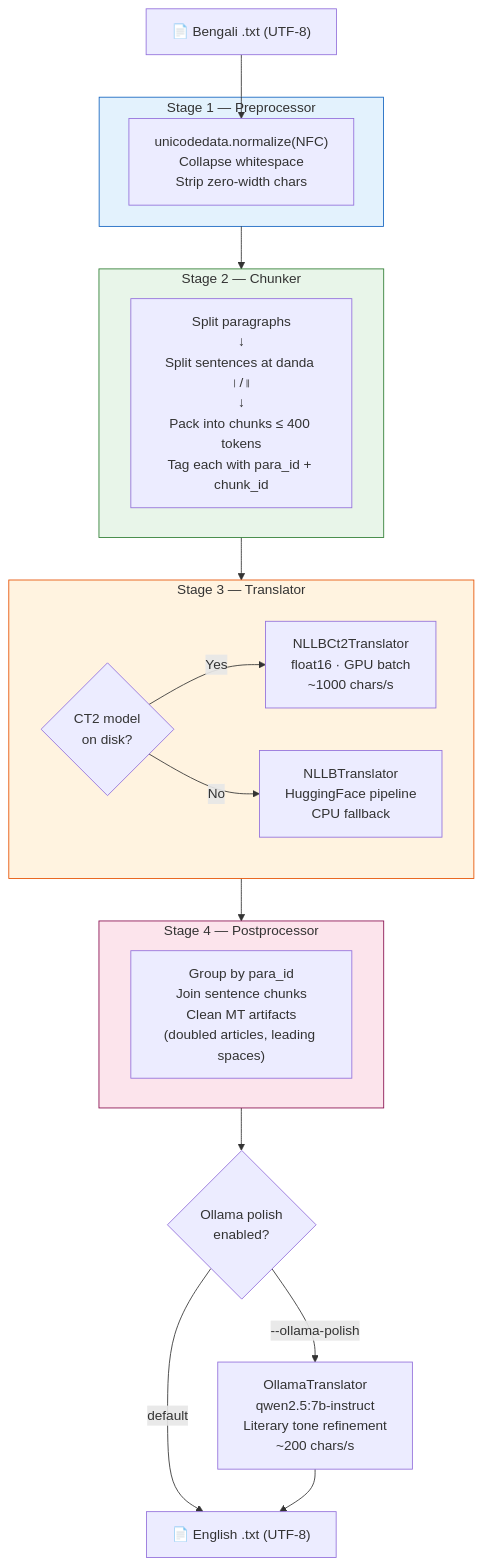
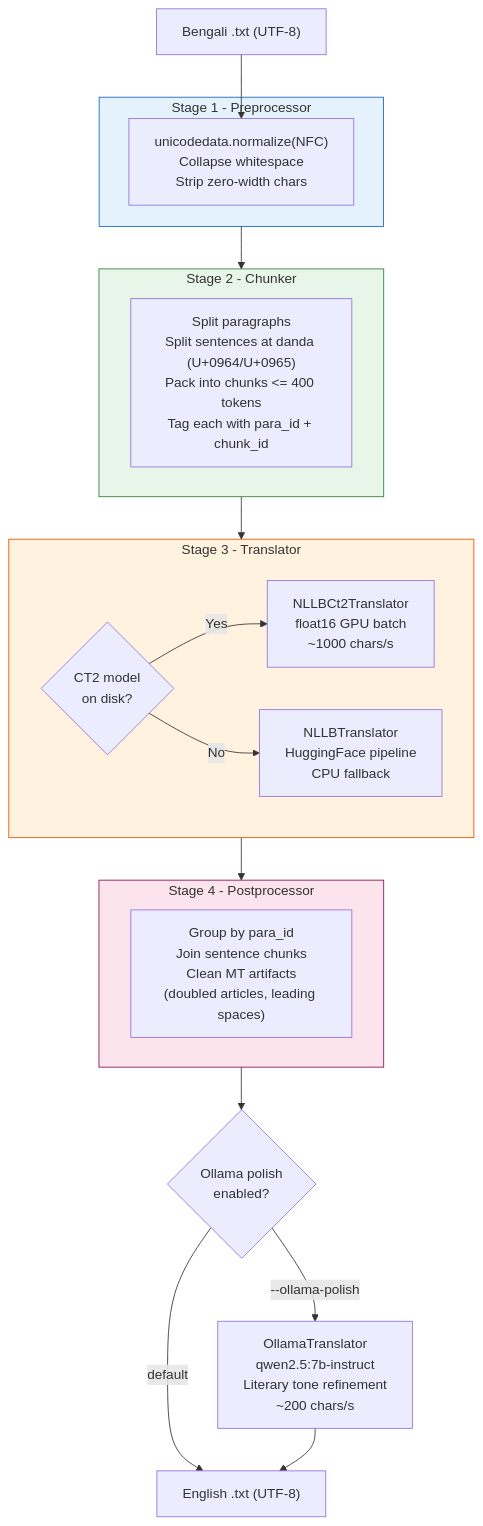
Before and after one commit to souradeepta/translate: the second of 4 diagrams in docs/ARCHITECTURE.md, drawn with Mermaid. The commit also changed other lines of this file, not shown here.

Commit message:
docs(architecture): strip Unicode from Mermaid diagrams for GitHub rendering

````diff
--- a/docs/ARCHITECTURE.md
+++ b/docs/ARCHITECTURE.md
@@ -71,39 +71,39 @@
 ```mermaid
 flowchart TD
-    A["📄 Bengali .txt (UTF-8)"] --> B
+    A["Bengali .txt (UTF-8)"] --> B
 
-    subgraph Stage1["Stage 1 — Preprocessor"]
+    subgraph Stage1["Stage 1 - Preprocessor"]
         B["unicodedata.normalize(NFC)\nCollapse whitespace\nStrip zero-width chars"]
     end
 
     Stage1 --> Stage2
 
-    subgraph Stage2["Stage 2 — Chunker"]
-        C["Split paragraphs\n↓\nSplit sentences at danda ।/॥\n↓\nPack into chunks ≤ 400 tokens\nTag each with para_id + chunk_id"]
+    subgraph Stage2["Stage 2 - Chunker"]
+        C["Split paragraphs\nSplit sentences at danda (U+0964/U+0965)\nPack into chunks <= 400 tokens\nTag each with para_id + chunk_id"]
     end
 
     Stage2 --> Stage3
 
-    subgraph Stage3["Stage 3 — Translator"]
+    subgraph Stage3["Stage 3 - Translator"]
         D{CT2 model\non disk?}
-        D -- Yes --> E["NLLBCt2Translator\nfloat16 · GPU batch\n~1000 chars/s"]
+        D -- Yes --> E["NLLBCt2Translator\nfloat16 GPU batch\n~1000 chars/s"]
         D -- No  --> F["NLLBTranslator\nHuggingFace pipeline\nCPU fallback"]
     end
 
     Stage3 --> Stage4
 
-    subgraph Stage4["Stage 4 — Postprocessor"]
+    subgraph Stage4["Stage 4 - Postprocessor"]
         G["Group by para_id\nJoin sentence chunks\nClean MT artifacts\n(doubled articles, leading spaces)"]
     end
 
     Stage4 --> H{Ollama polish\nenabled?}
     H -- "--ollama-polish" --> I["OllamaTranslator\nqwen2.5:7b-instruct\nLiterary tone refinement\n~200 chars/s"]
     H -- default --> J
 
-    I --> J["📄 English .txt (UTF-8)"]
+    I --> J["English .txt (UTF-8)"]
 
     style Stage1 fill:#e3f2fd,stroke:#1565c0
     style Stage2 fill:#e8f5e9,stroke:#2e7d32
     style Stage3 fill:#fff3e0,stroke:#e65100
     style Stage4 fill:#fce4ec,stroke:#880e4f
 ```
````
